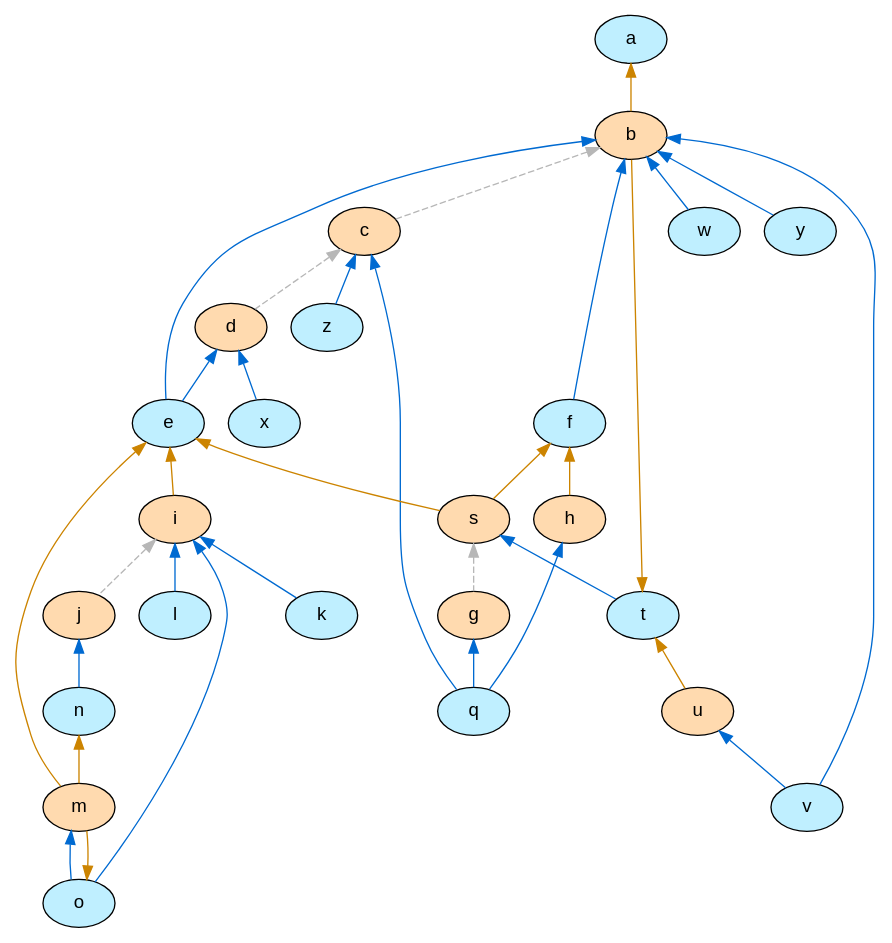
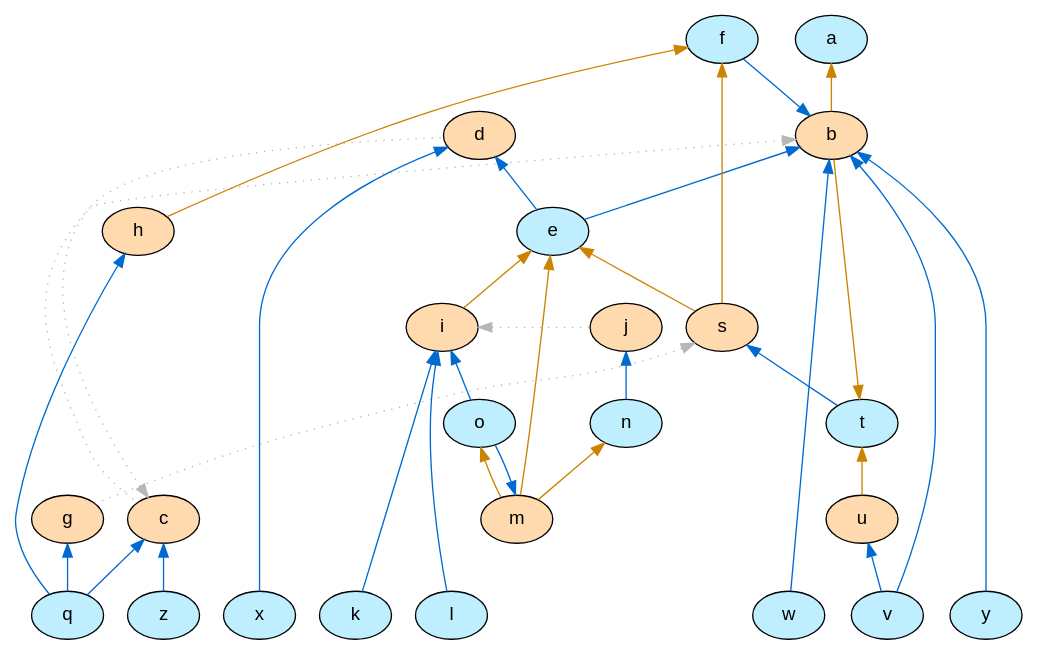
One commit to idaks/Games-and-Argumentation changed the diagram in IDCC-2024/graphs/arg_pw2_graph_colored.dot. Above: the diagram before and after it, drawn with Graphviz. The commit also changed 18 other files, not shown here.

```diff
--- a/IDCC-2024/graphs/arg_pw2_graph_colored.dot
+++ b/IDCC-2024/graphs/arg_pw2_graph_colored.dot
@@ -1,40 +1,44 @@
 digraph G {
+  rankdir="TB"
   node [shape=oval style=filled fontname=Helvetica fontsize=14]
-  node [fillcolor="#ffdaaf" fontcolor="#000000"] b c d s g h i j m u;
-  node [fillcolor="#bfefff" fontcolor="#000000"] a t e f k l o n q v w x y z;
-  edge [dir=back, color="#cc8400", style="solid"]
-        "a" -> "b";
-        "t" -> "b";
-        "f" -> "h";
-        "e" -> "i";
-        "e" -> "m";
-        "o" -> "m";
-        "n" -> "m";
-        "e" -> "s";
-        "f" -> "s";
-        "t" -> "u";
-  edge [dir=back, color="#b7b7b7", style="dashed"]
-        "b" -> "c";
-        "c" -> "d";
-        "s" -> "g";
-        "i" -> "j";
-  edge [dir=back, color="#006ad1", style="solid"]
-        "b" -> "e";
-        "d" -> "e";
-        "b" -> "f";
-        "i" -> "k";
-        "i" -> "l";
-        "j" -> "n";
-        "i" -> "o";
-        "m" -> "o";
-        "g" -> "q";
-        "h" -> "q";
-        "c" -> "q";
-        "s" -> "t";
-        "b" -> "v";
-        "u" -> "v";
-        "b" -> "w";
-        "d" -> "x";
-        "b" -> "y";
-        "c" -> "z";
+  node [fillcolor="#ffdaaf" fontcolor="#000000"] b c d s g h i j m u
+  node [fillcolor="#bfefff" fontcolor="#000000"] a t e f k l o n q v w x y z
+  edge [dir=back color="#cc8400" style="solid"]
+        "a" -> "b" 
+        "t" -> "b" 
+        "f" -> "h" 
+        "e" -> "i" 
+        "e" -> "m" 
+        "o" -> "m" 
+        "n" -> "m" 
+        "e" -> "s" 
+        "f" -> "s" 
+        "t" -> "u" 
+  edge [dir=back color="#006ad1" style="solid"]
+        "b" -> "e" 
+        "d" -> "e" 
+        "b" -> "f" 
+        "i" -> "k" 
+        "i" -> "l" 
+        "j" -> "n" 
+        "i" -> "o" 
+        "m" -> "o" 
+        "g" -> "q" 
+        "h" -> "q" 
+        "c" -> "q" 
+        "s" -> "t" 
+        "b" -> "v" 
+        "u" -> "v" 
+        "b" -> "w" 
+        "d" -> "x" 
+        "b" -> "y" 
+        "c" -> "z" 
+  edge [dir=back color="#b7b7b7" style="dotted" constraint=false]
+        "b" -> "c" 
+        "c" -> "d" 
+        "s" -> "g" 
+        "i" -> "j" 
+
+  {rank = max k l q v w x y z}
+  {rank = min f}
 }
```
